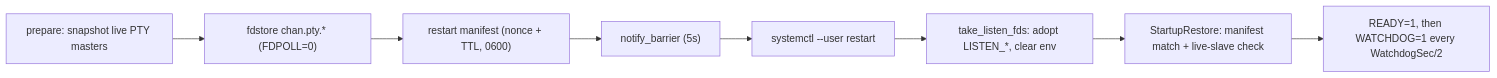
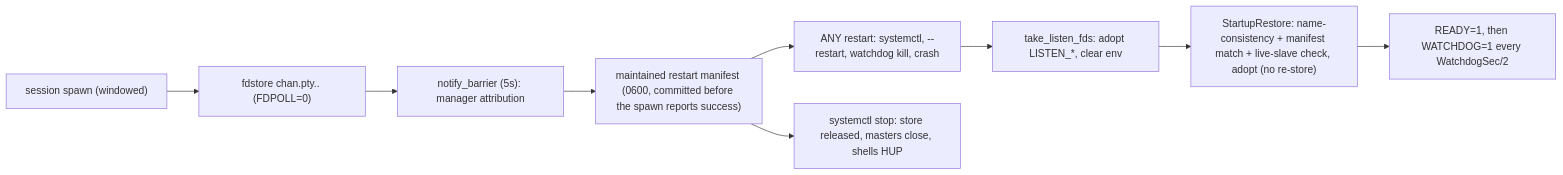
One commit to fiorix/chan changed the diagram in crates/chan-systemd/design.md. Above: the diagram before and after it, drawn with Mermaid. The commit also changed other lines of this file and 1 other file, not shown here.

First line of the commit message:
docs(design): describe continuous fdstore parking

````diff
--- a/crates/chan-systemd/design.md
+++ b/crates/chan-systemd/design.md
@@ -16,10 +16,11 @@
 ```mermaid
 flowchart LR
-  Prep["prepare: snapshot live PTY masters"] --> Up["fdstore chan.pty.* (FDPOLL=0)"]
-  Up --> Man["restart manifest (nonce + TTL, 0600)"]
-  Man --> Bar["notify_barrier (5s)"]
-  Bar --> Restart["systemctl --user restart"]
-  Restart --> Take["take_listen_fds: adopt LISTEN_*, clear env"]
-  Take --> Restore["StartupRestore: manifest match + live-slave check"]
+  Spawn["session spawn (windowed)"] --> Up["fdstore chan.pty.<session>.<pid> (FDPOLL=0)"]
+  Up --> Bar["notify_barrier (5s): manager attribution"]
+  Bar --> Man["maintained restart manifest (0600, committed before the spawn reports success)"]
+  Man --> AnyRestart["ANY restart: systemctl, --restart, watchdog kill, crash"]
+  AnyRestart --> Take["take_listen_fds: adopt LISTEN_*, clear env"]
+  Take --> Restore["StartupRestore: name-consistency + manifest match + live-slave check, adopt (no re-store)"]
   Restore --> Serve["READY=1, then WATCHDOG=1 every WatchdogSec/2"]
+  Man --> Stop["systemctl stop: store released, masters close, shells HUP"]
 ```
````
